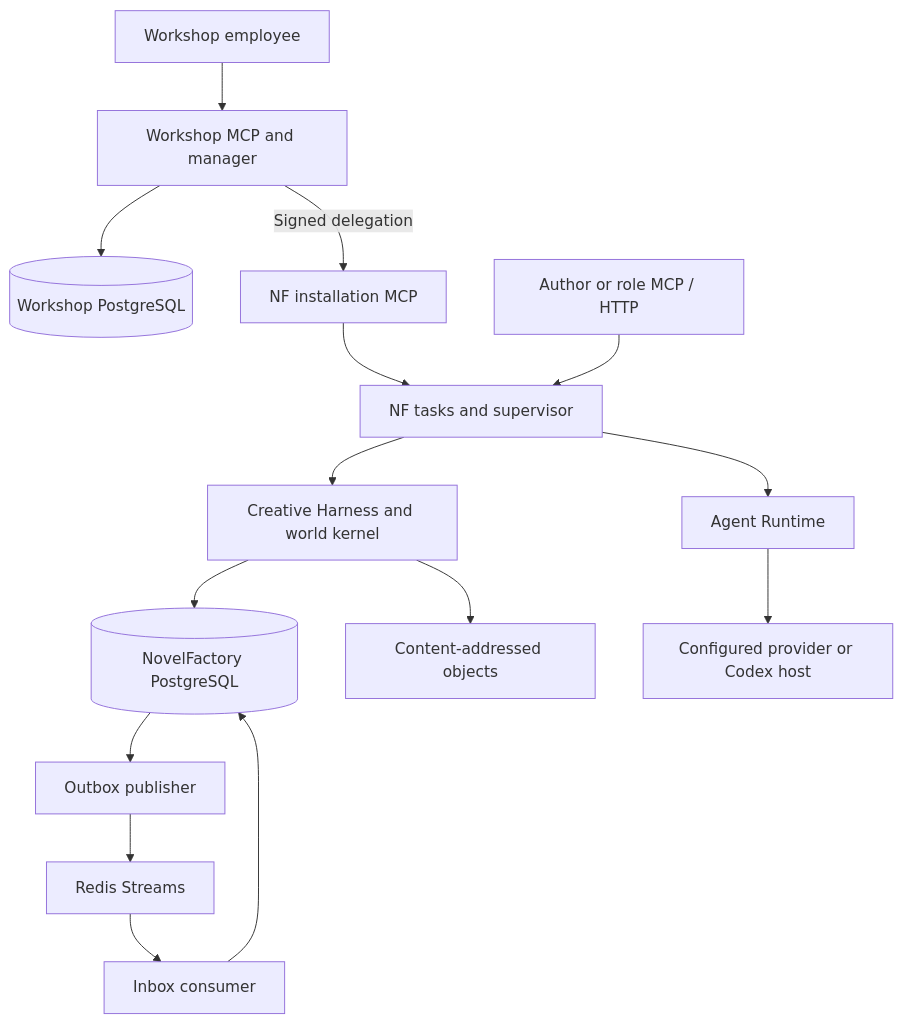
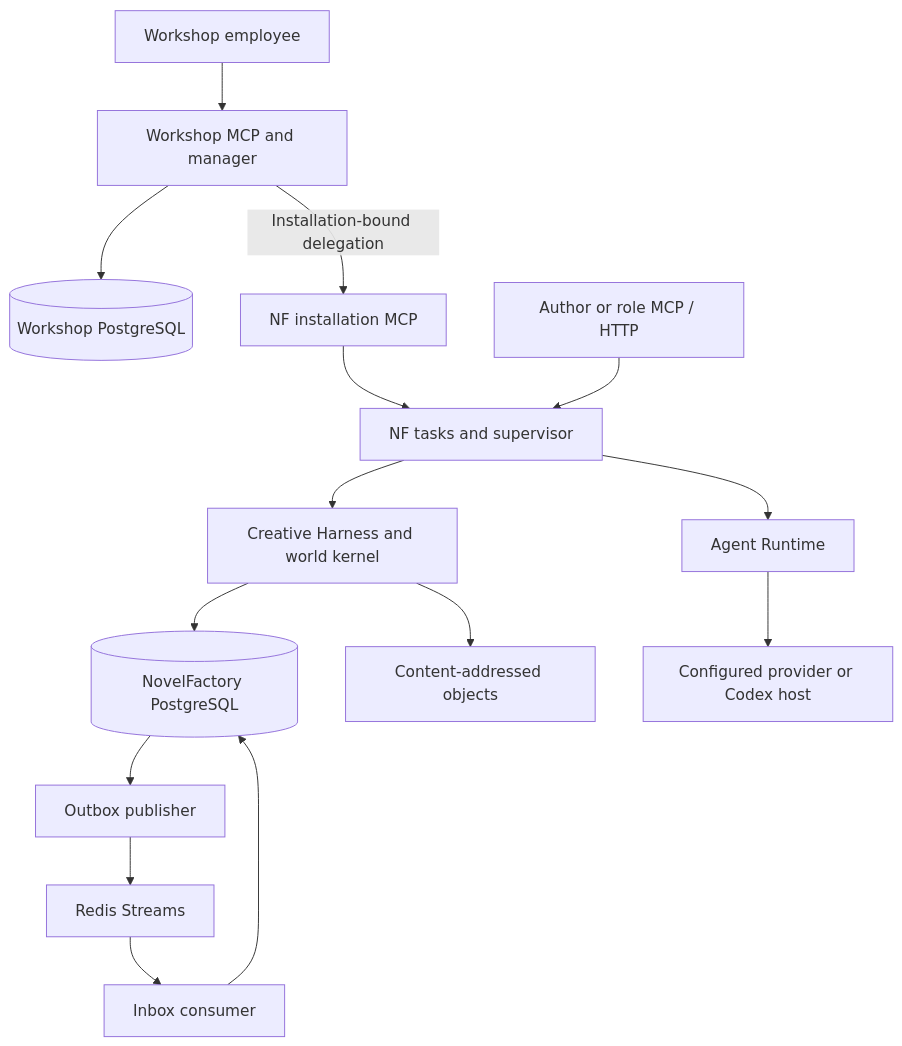
One commit to SKYdayDUCK/NovelFactory changed the first of 3 diagrams in docs/en/03-system-architecture.md. Above: the diagram before and after it, drawn with Mermaid. The commit also changed other lines of this file and 112 other files, not shown here.

````diff
--- a/docs/en/03-system-architecture.md
+++ b/docs/en/03-system-architecture.md
@@ -9,17 +9,17 @@
 ```mermaid
 flowchart TD
     E["Workshop employee"] --> W["Workshop MCP and manager"]
     W --> A[("Workshop PostgreSQL")]
-    W -->|Signed delegation| D["NF installation MCP"]
+    W -->|Installation-bound delegation| D["NF installation MCP"]
     D --> T["NF tasks and supervisor"]
     U["Author or role MCP / HTTP"] --> T
     T --> H["Creative Harness and world kernel"]
     H --> P[("NovelFactory PostgreSQL")]
     H --> O["Content-addressed objects"]
     T --> R["Agent Runtime"]
     R --> M["Configured provider or Codex host"]
     P --> X["Outbox publisher"]
     X --> S["Redis Streams"]
     S --> I["Inbox consumer"]
     I --> P
 ```
````
